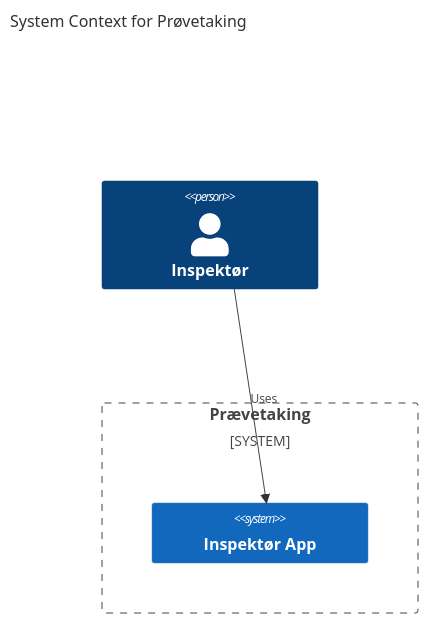
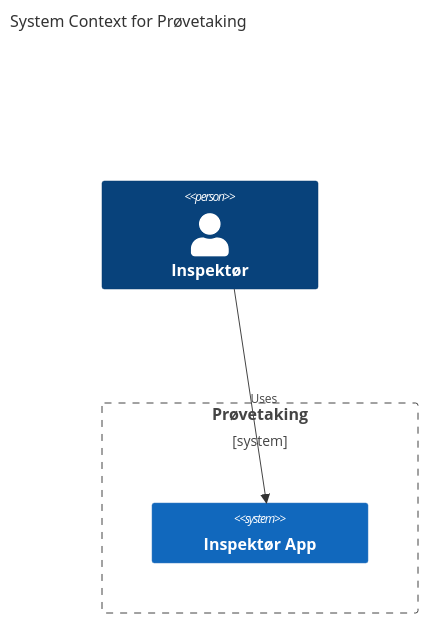
One commit to jankb/kotlintest changed the second of 2 diagrams in docs/design.md. Above: the diagram before and after it, drawn with Mermaid.

````diff
--- a/docs/design.md
+++ b/docs/design.md
@@ -13,13 +13,13 @@
 ```mermaid
 C4Context
  title System Context for Prøvetaking
  Person(inspektor, "Inspektør")
  
- System_Boundary(system, "Prævetaking")
+ Boundary(system, "Prøvetaking")
  {
    System(inspApp, "Inspektør App")
  }
  
  Rel(inspektor, inspApp, "Uses")
 
 ```
````
